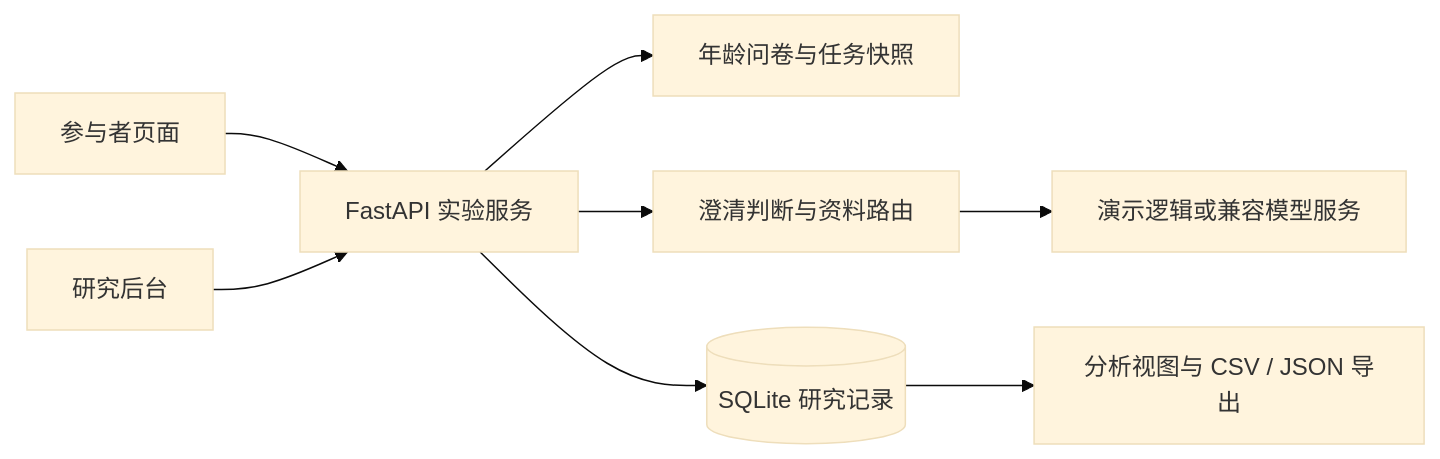
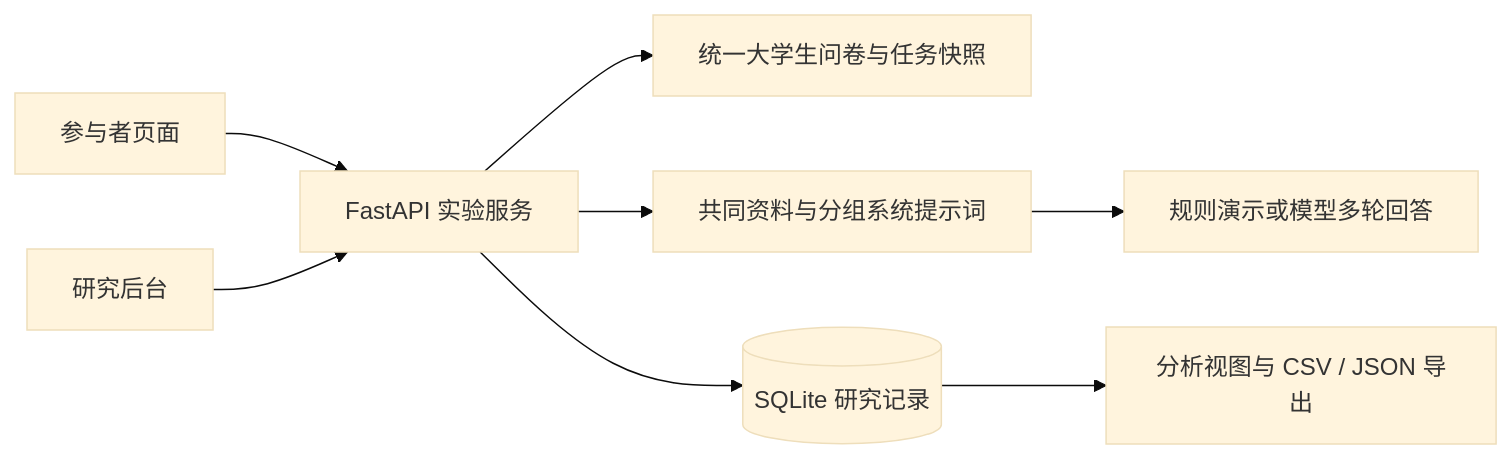
Before and after one commit to Xiaoshu0553/lens-lab: the diagram in README.md, drawn with Mermaid (base theme). The commit also changed other lines of this file and 64 other files, not shown here.

````diff
--- a/README.md
+++ b/README.md
@@ -94,10 +101,10 @@
 ```mermaid
 flowchart LR
     P[参与者页面] --> API[FastAPI 实验服务]
     A[研究后台] --> API
-    API --> Q[年龄问卷与任务快照]
-    API --> C[澄清判断与资料路由]
-    C --> M[演示逻辑或兼容模型服务]
+    API --> Q[统一大学生问卷与任务快照]
+    API --> C[共同资料与分组系统提示词]
+    C --> M[规则演示或模型多轮回答]
     API --> DB[(SQLite 研究记录)]
     DB --> E[分析视图与 CSV / JSON 导出]
 ```
````
